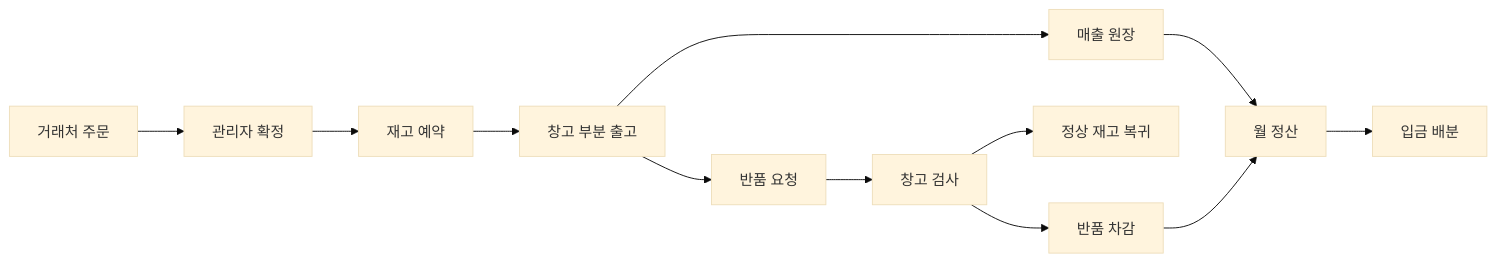
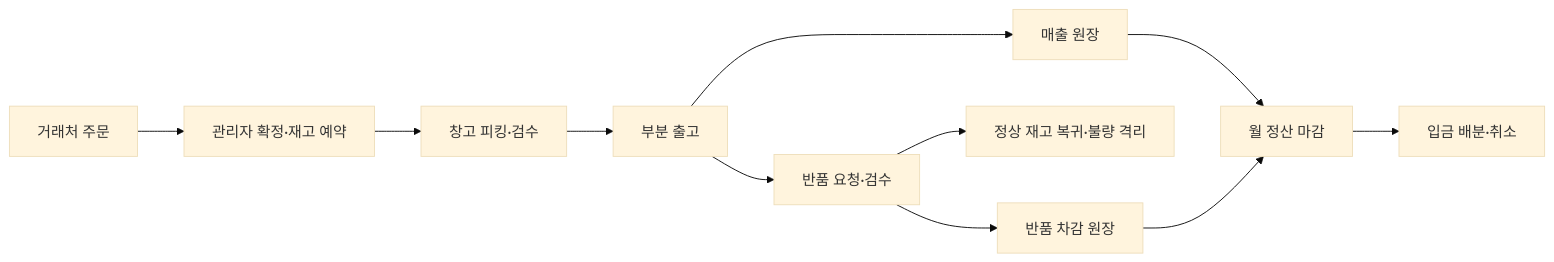
Before and after one commit to imorangepie20/B2B-STM: the diagram in README.md, drawn with Mermaid (base theme). The commit also changed other lines of this file and 3 other files, not shown here.

````diff
--- a/README.md
+++ b/README.md
@@ -13,14 +42,13 @@
 ```mermaid
 flowchart LR
-    A[거래처 주문] --> B[관리자 확정]
-    B --> C[재고 예약]
-    C --> D[창고 부분 출고]
+    A[거래처 주문] --> B[관리자 확정·재고 예약]
+    B --> C[창고 피킹·검수]
+    C --> D[부분 출고]
     D --> E[매출 원장]
-    D --> F[반품 요청]
-    F --> G[창고 검사]
-    G --> H[정상 재고 복귀]
-    G --> I[반품 차감]
-    E --> J[월 정산]
-    I --> J
-    J --> K[입금 배분]
+    D --> F[반품 요청·검수]
+    F --> G[정상 재고 복귀·불량 격리]
+    F --> H[반품 차감 원장]
+    E --> I[월 정산 마감]
+    H --> I
+    I --> J[입금 배분·취소]
 ```
````
